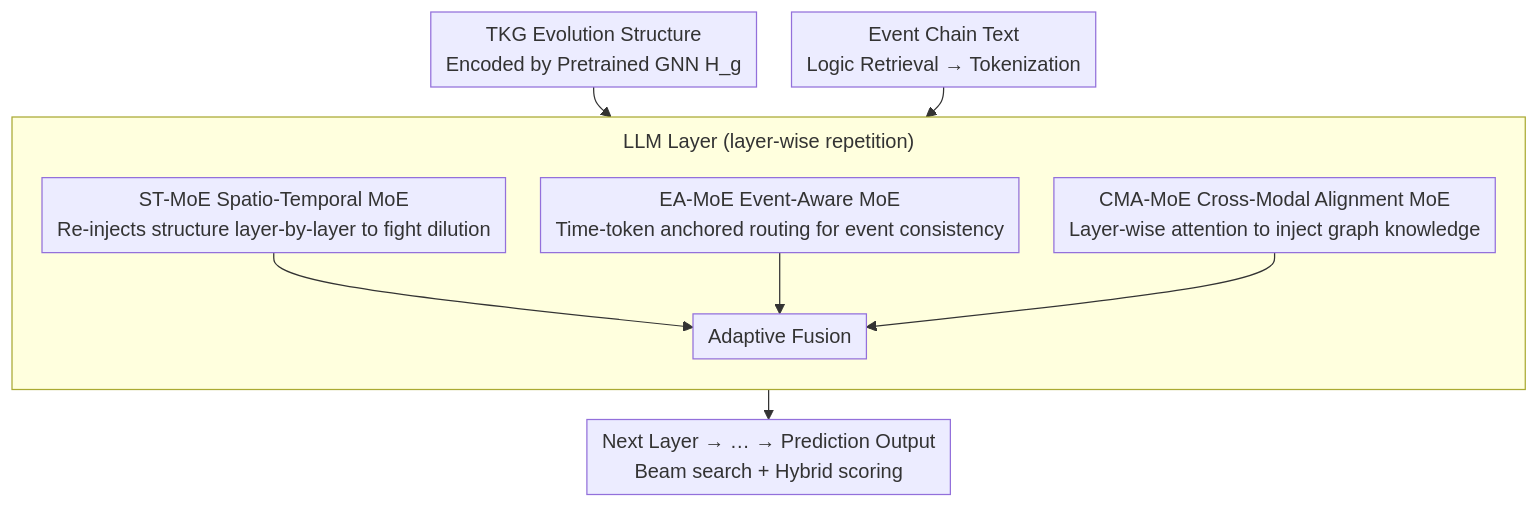
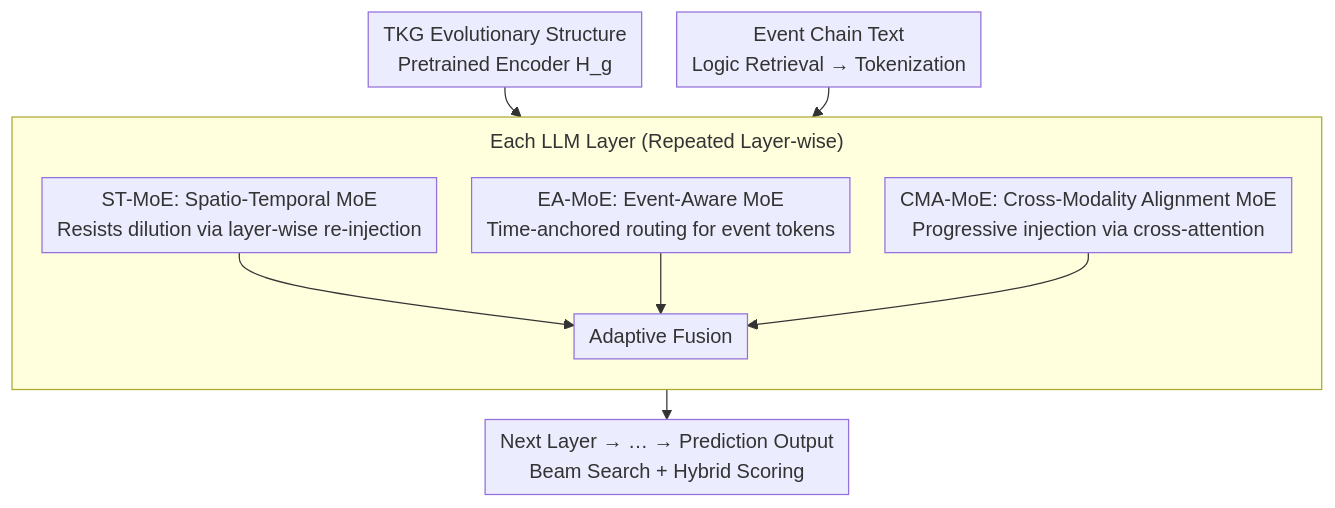
The diagram in docs/ACL2026/time_series/stk-adapter_incorporating_evolving_graph_and_event_chain_for_temporal_knowledge_.md (zhaoyang97/Paper-Notes-en), drawn with Mermaid before and after one commit. The commit also changed other lines of this file and 5084 other files, not shown here.

````diff
--- a/docs/ACL2026/time_series/stk-adapter_incorporating_evolving_graph_and_event_chain_for_temporal_knowledge_.md
+++ b/docs/ACL2026/time_series/stk-adapter_incorporating_evolving_graph_and_event_chain_for_temporal_knowledge_.md
@@ -44,16 +44,16 @@
 ```mermaid
 %%{init: {'flowchart': {'rankSpacing': 24, 'nodeSpacing': 28, 'padding': 6, 'wrappingWidth': 400, 'subGraphTitleMargin': {'top': 8, 'bottom': 16}}}}%%
 flowchart TD
-    A["TKG Evolution Structure<br/>Encoded by Pretrained GNN H_g"] --> L
+    A["TKG Evolutionary Structure<br/>Pretrained Encoder H_g"] --> L
     B["Event Chain Text<br/>Logic Retrieval → Tokenization"] --> L
-    subgraph L["LLM Layer (layer-wise repetition)"]
+    subgraph L["Each LLM Layer (Repeated Layer-wise)"]
         direction TB
-        C["ST-MoE Spatio-Temporal MoE<br/>Re-injects structure layer-by-layer to fight dilution"]
-        D["EA-MoE Event-Aware MoE<br/>Time-token anchored routing for event consistency"]
-        E["CMA-MoE Cross-Modal Alignment MoE<br/>Layer-wise attention to inject graph knowledge"]
+        C["ST-MoE: Spatio-Temporal MoE<br/>Resists dilution via layer-wise re-injection"]
+        D["EA-MoE: Event-Aware MoE<br/>Time-anchored routing for event tokens"]
+        E["CMA-MoE: Cross-Modality Alignment MoE<br/>Progressive injection via cross-attention"]
         C --> F["Adaptive Fusion"]
         D --> F
         E --> F
     end
-    F --> G["Next Layer → … → Prediction Output<br/>Beam search + Hybrid scoring"]
+    F --> G["Next Layer → … → Prediction Output<br/>Beam Search + Hybrid Scoring"]
 ```
````
